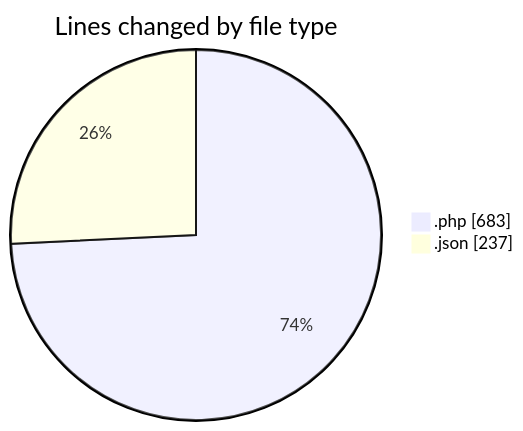
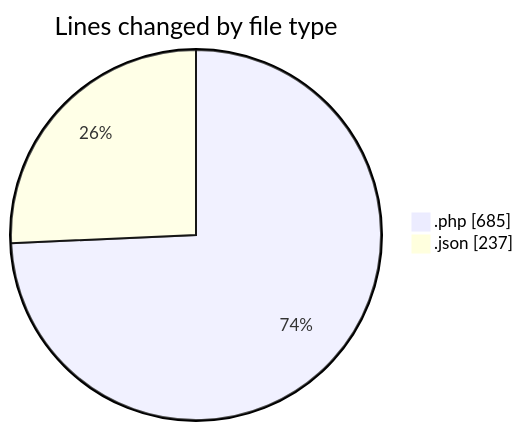
One commit to idhammustaqopulfikri/code-tracking changed the first of 2 diagrams in 2025-05-28/studio-backend/README.md. Above: the diagram before and after it, drawn with Mermaid. The commit also changed other lines of this file and 1 other file, not shown here.

````diff
--- a/2025-05-28/studio-backend/README.md
+++ b/2025-05-28/studio-backend/README.md
@@ -35,6 +35,6 @@
 ```mermaid
 pie showData
 title Lines changed by file type
-".php" : 683
+".php" : 685
 ".json" : 237
 ```
````
